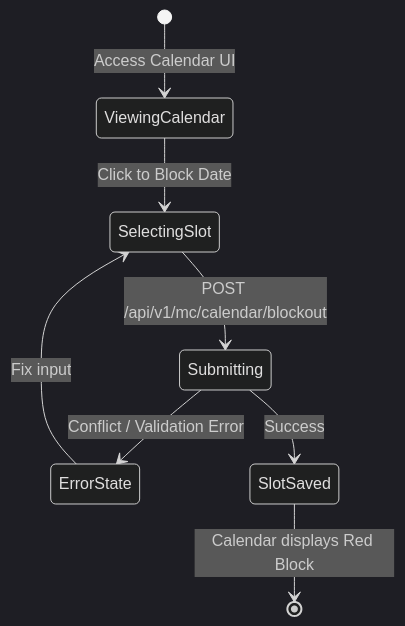
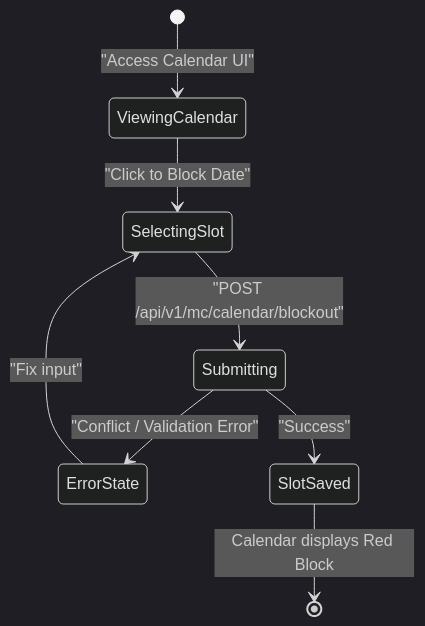
One commit to dat-21/SWD392 changed diagram 13 of 44 in UC_Backend_Design_Details.md. Above: the diagram before and after it, drawn with Mermaid (dark theme). The commit also changed other lines of this file and 2 other files, not shown here.

Commit message:
style: Standardize Mermaid state diagram transition label formatting by adding quotes and a space before the colon.

````diff
--- a/UC_Backend_Design_Details.md
+++ b/UC_Backend_Design_Details.md
@@ -313,10 +313,10 @@
 ```mermaid
 stateDiagram-v2
-    [*] --> ViewingCalendar: Access Calendar UI
-    ViewingCalendar --> SelectingSlot: Click to Block Date
-    SelectingSlot --> Submitting: POST /api/v1/mc/calendar/blockout
-    Submitting --> ErrorState: Conflict / Validation Error
-    ErrorState --> SelectingSlot: Fix input
-    Submitting --> SlotSaved: Success
+    [*] --> ViewingCalendar : "Access Calendar UI"
+    ViewingCalendar --> SelectingSlot : "Click to Block Date"
+    SelectingSlot --> Submitting : "POST /api/v1/mc/calendar/blockout"
+    Submitting --> ErrorState : "Conflict / Validation Error"
+    ErrorState --> SelectingSlot : "Fix input"
+    Submitting --> SlotSaved : "Success"
     SlotSaved --> [*]: Calendar displays Red Block
 ```
````
